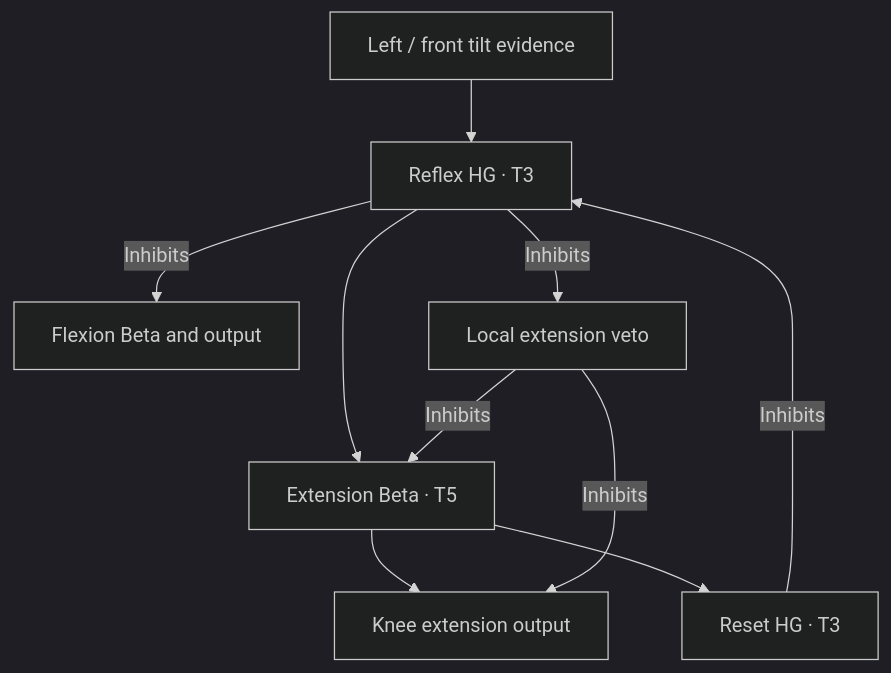
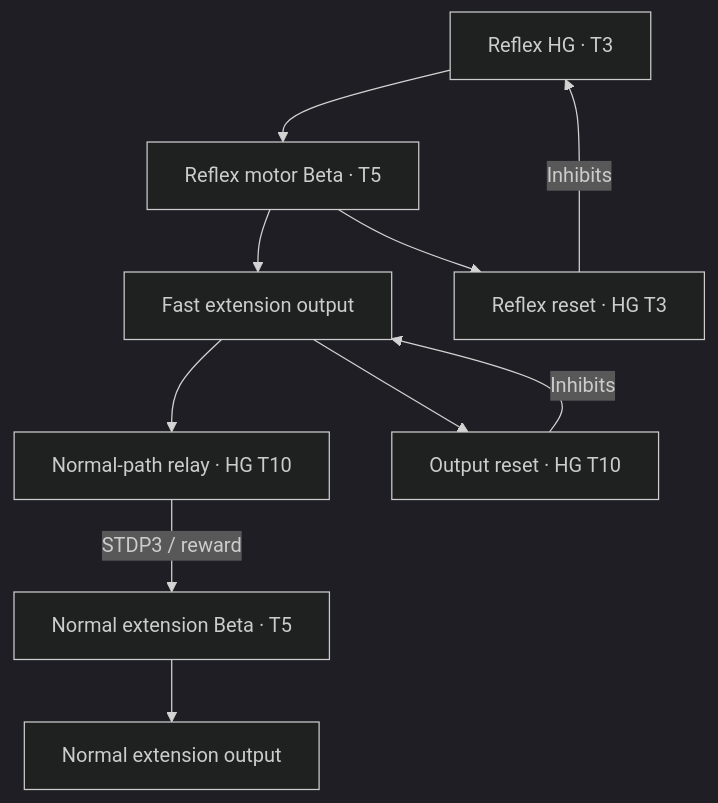
One commit to artificial-brains-inc/primalux-quadruped-walk-neural-loop changed the diagram in docs/REFLEX.md. Above: the diagram before and after it, drawn with Mermaid (dark theme). The commit also changed other lines of this file and 20 other files, not shown here.

Commit message:
Add fast reflex outputs and STDP3 recruitment of normal extension

````diff
--- a/docs/REFLEX.md
+++ b/docs/REFLEX.md
@@ -11,12 +8,12 @@
 ```mermaid
 flowchart TD
-  R["Left / front tilt evidence"] --> H["Reflex HG · T3"]
-  H --> E["Extension Beta · T5"]
-  E --> O["Knee extension output"]
-  H -- Inhibits --> F["Flexion Beta and output"]
-  H -- Inhibits --> V["Local extension veto"]
-  V -- Inhibits --> E
-  V -- Inhibits --> O
-  E --> Q["Reset HG · T3"]
+  H["Reflex HG · T3"] --> B["Reflex motor Beta · T5"]
+  B --> F["Fast extension output"]
+  F --> R["Normal-path relay · HG T10"]
+  R -- "STDP3 / reward" --> N["Normal extension Beta · T5"]
+  N --> O["Normal extension output"]
+  F --> C["Output reset · HG T10"]
+  C -- Inhibits --> F
+  B --> Q["Reflex reset · HG T3"]
   Q -- Inhibits --> H
 ```
````
